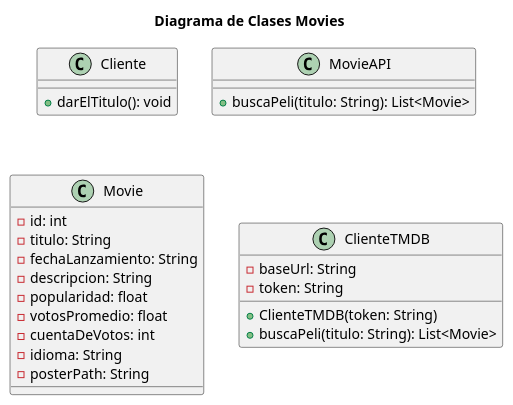
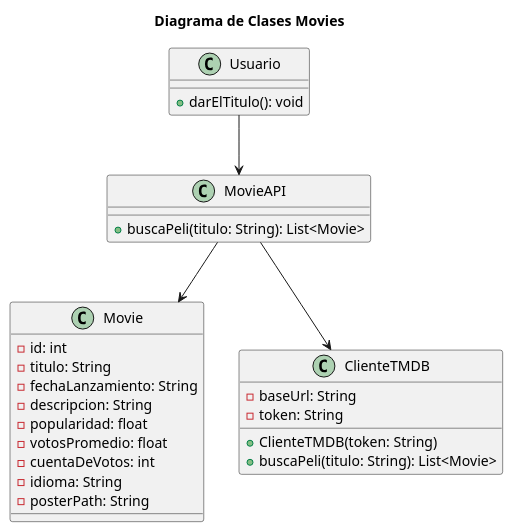
Before and after one commit to Dakewer/Consumir-API---TheMovieDB: the diagram in UML.puml, drawn with PlantUML.

Commit message:
Conexiones

```diff
--- a/UML.puml
+++ b/UML.puml
@@ -1,30 +1,32 @@
 @startuml
 title Diagrama de Clases Movies
-class Cliente {
+class Usuario {
   +darElTitulo(): void
 }
 
 class MovieAPI {
   +buscaPeli(titulo: String): List<Movie>
 }
 
 class Movie {
   -id: int
   -titulo: String
   -fechaLanzamiento: String
   -descripcion: String
   -popularidad: float
   -votosPromedio: float
   -cuentaDeVotos: int
   -idioma: String
   -posterPath: String
 }
 class ClienteTMDB {
   -baseUrl: String
   -token: String
   +ClienteTMDB(token: String)
   +buscaPeli(titulo: String): List<Movie>
 }
-
+Usuario --> MovieAPI
+MovieAPI --> Movie
+MovieAPI --> ClienteTMDB
 
 @enduml
```
